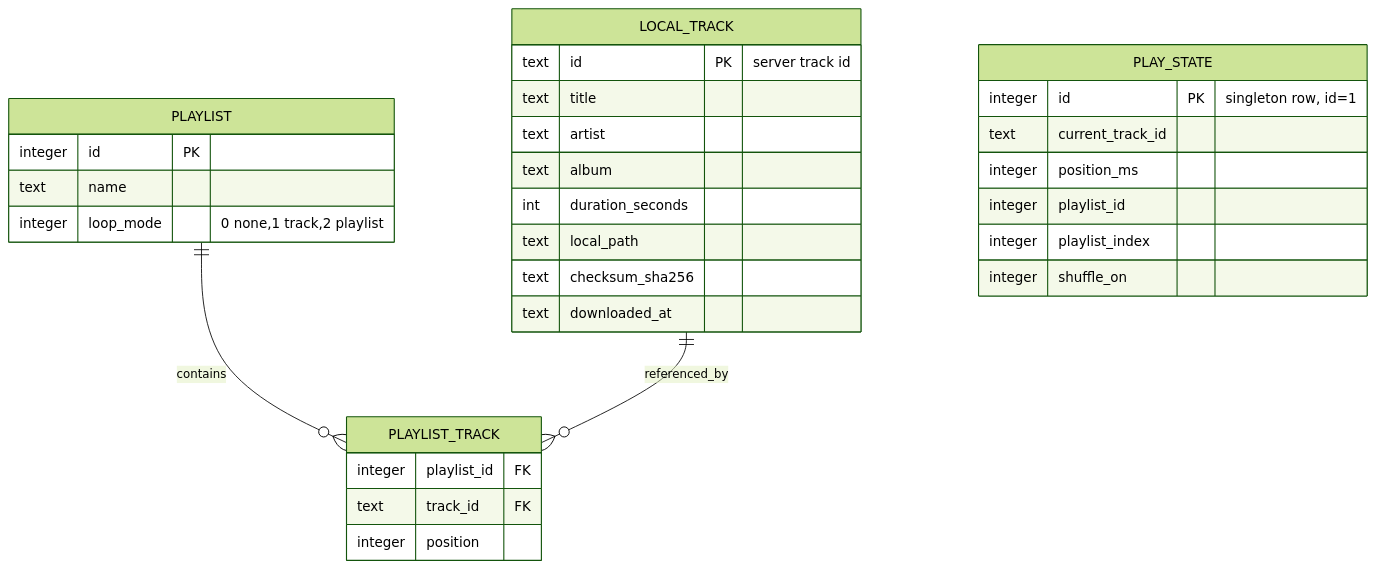
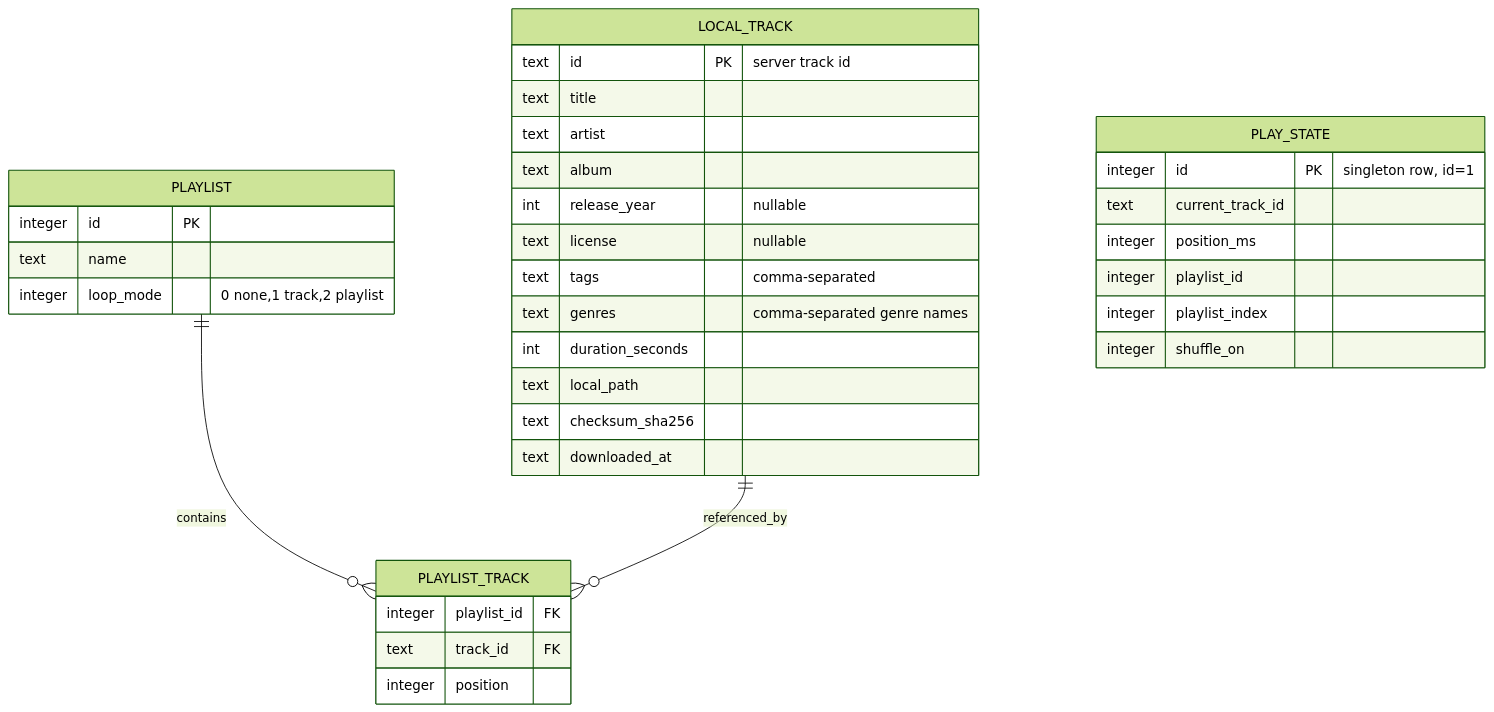
One commit to Ya5irk/eureka-music-app changed the diagram in docs/diagrams/erd-client.md. Above: the diagram before and after it, drawn with Mermaid (forest theme). The commit also changed 3 other files, not shown here.

````diff
--- a/docs/diagrams/erd-client.md
+++ b/docs/diagrams/erd-client.md
@@ -3,33 +3,37 @@
 ```mermaid
 erDiagram
     LOCAL_TRACK {
         text id PK "server track id"
         text title
         text artist
         text album
+        int  release_year "nullable"
+        text license "nullable"
+        text tags "comma-separated"
+        text genres "comma-separated genre names"
         int  duration_seconds
         text local_path
         text checksum_sha256
         text downloaded_at
     }
     PLAYLIST {
         integer id PK
         text name
         integer loop_mode "0 none,1 track,2 playlist"
     }
     PLAYLIST_TRACK {
         integer playlist_id FK
         text track_id FK
         integer position
     }
     PLAY_STATE {
         integer id PK "singleton row, id=1"
         text current_track_id
         integer position_ms
         integer playlist_id
         integer playlist_index
         integer shuffle_on
     }
     PLAYLIST ||--o{ PLAYLIST_TRACK : contains
     LOCAL_TRACK ||--o{ PLAYLIST_TRACK : referenced_by
 ```
````
